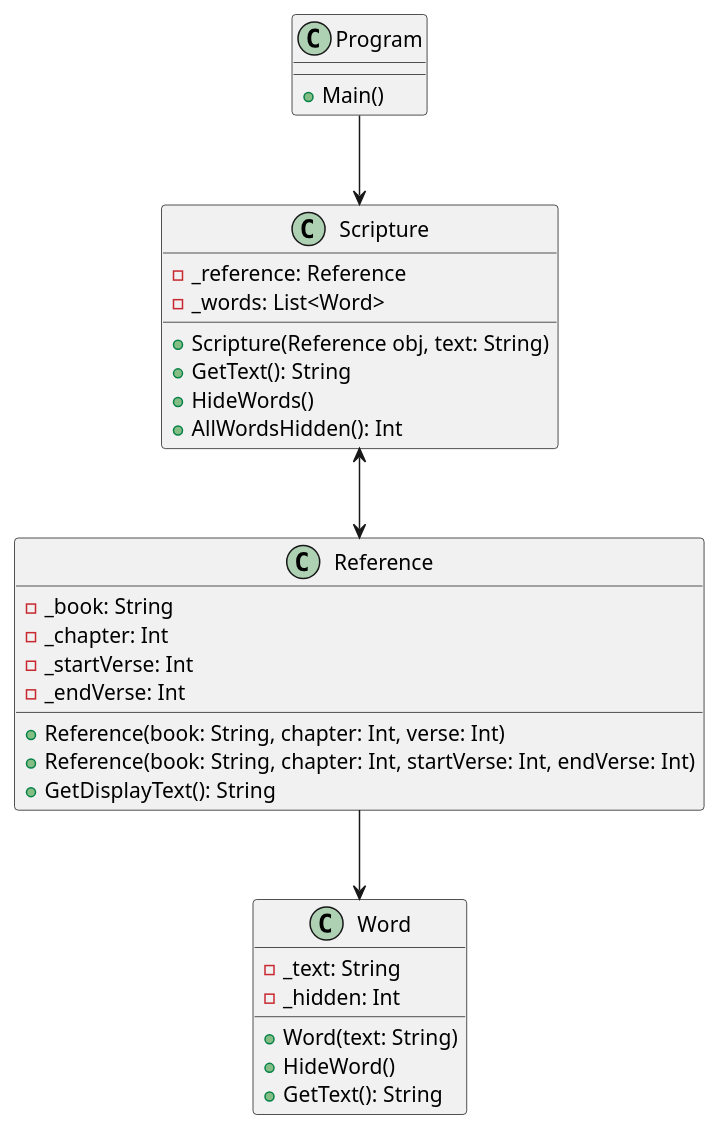
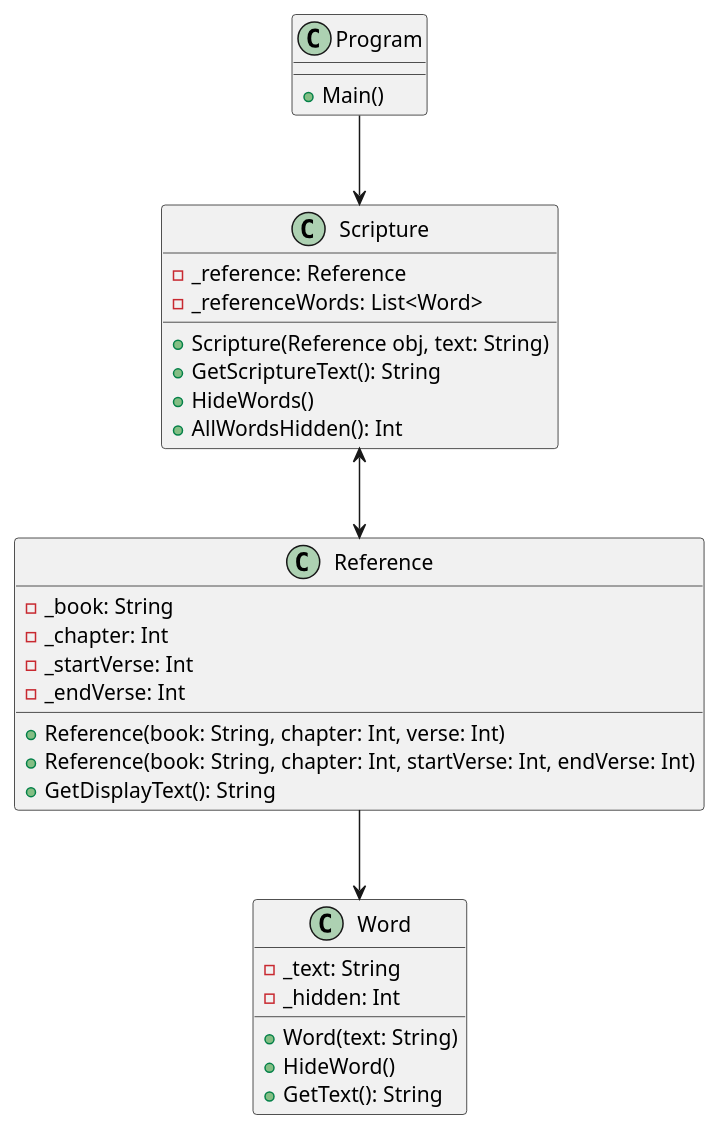
The diagram in scripture.plantuml (jaredsrice/cse210-assignments), drawn with PlantUML before and after one commit.

Commit message:
added how things work together.

```diff
--- a/scripture.plantuml
+++ b/scripture.plantuml
@@ -1,39 +1,49 @@
 @startuml Scripture
 
 class Program {
     +Main()
 }
 
 class Scripture {
     -_reference: Reference
-    -_words: List<Word>
+    -_referenceWords: List<Word>
     +Scripture(Reference obj, text: String)
-    +GetText(): String
+    +GetScriptureText(): String
     +HideWords()
     +AllWordsHidden(): Int
 }
 
 class Reference {
     -_book: String
     -_chapter: Int
     -_startVerse: Int
     -_endVerse: Int
     +Reference(book: String, chapter: Int, verse: Int)
     +Reference(book: String, chapter: Int, startVerse: Int, endVerse: Int)
     +GetDisplayText(): String
 }
 
 class Word {
     -_text: String
     -_hidden: Int
     +Word(text: String)
     +HideWord()
     +GetText(): String
 }
 
 Program --> Scripture
 Scripture <--> Reference 
 Reference --> Word
 
+' Scripture deals with the reference and the text, it gets the reference and stores the text
+' of the ref in a list. GetScriptureText returns the scripture text, HideWords hides random words
+' with each input, and AllWordsHidden is what tells the program to quit after all words have been hidden
+
+' Reference stores the scripture reference, and it has two constructors that are utilized depending
+' on if its a single or multiple verse reference. GetDisplayText formats the reference (John 3:16) as they'll be shown
+
+' Word deals with the individual words in the reference, with the constructor making sure each word 
+' has an actual word to store, as well as if the word is hidden or not. 
+' HideWord hides the word, and getText returns the word. 
 
 @enduml
```
